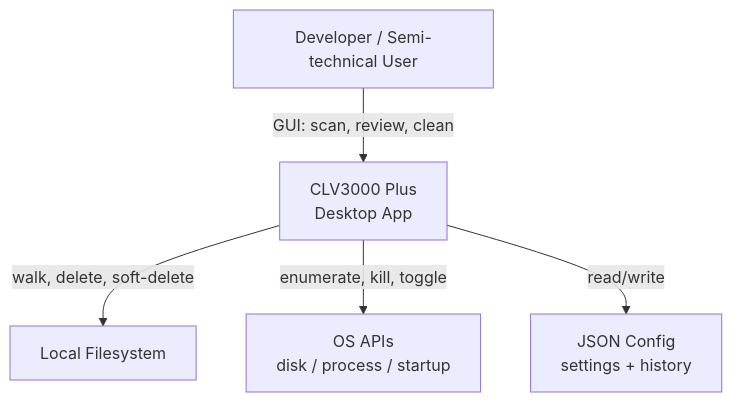
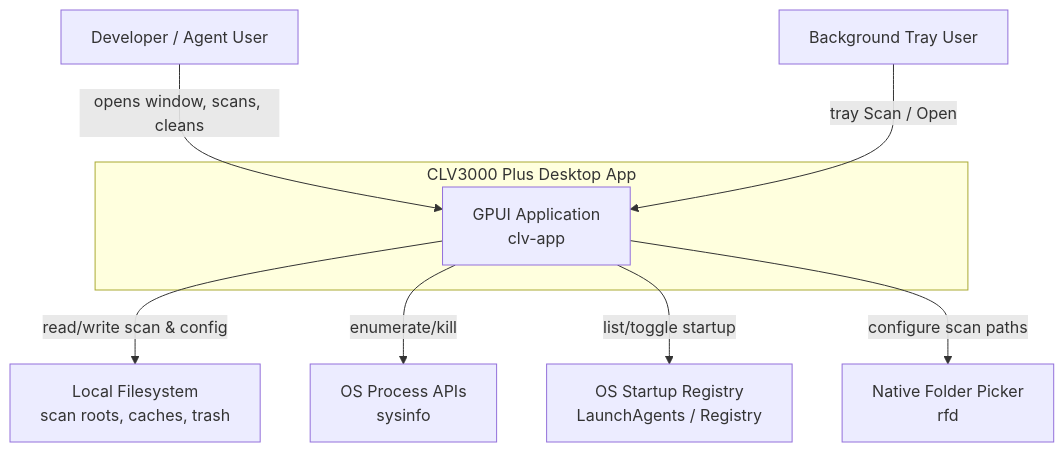
Before and after one commit to sopaco/CLV3000-Plus: the diagram in .terrain/human/1.Overview.md, drawn with Mermaid. The commit also changed other lines of this file and 55 other files, not shown here.

````diff
--- a/.terrain/human/1.Overview.md
+++ b/.terrain/human/1.Overview.md
@@ -21,13 +23,21 @@
 ```mermaid
 graph TB
-    User["Developer / Semi-technical User"]
-    CLV["CLV3000 Plus<br/>Desktop App"]
-    FS["Local Filesystem"]
-    OS["OS APIs<br/>disk / process / startup"]
-    Config["JSON Config<br/>settings + history"]
+    User["Developer / Agent User"]
+    TrayUser["Background Tray User"]
 
-    User -->|"GUI: scan, review, clean"| CLV
-    CLV -->|"walk, delete, soft-delete"| FS
-    CLV -->|"enumerate, kill, toggle"| OS
-    CLV -->|"read/write"| Config
+    subgraph CLV3000["CLV3000 Plus Desktop App"]
+        App["GPUI Application<br/>clv-app"]
+    end
+
+    FS["Local Filesystem<br/>scan roots, caches, trash"]
+    OSProc["OS Process APIs<br/>sysinfo"]
+    OSStartup["OS Startup Registry<br/>LaunchAgents / Registry"]
+    FolderPicker["Native Folder Picker<br/>rfd"]
+
+    User -->|"opens window, scans, cleans"| App
+    TrayUser -->|"tray Scan / Open"| App
+    App -->|"read/write scan & config"| FS
+    App -->|"enumerate/kill"| OSProc
+    App -->|"list/toggle startup"| OSStartup
+    App -->|"configure scan paths"| FolderPicker
 ```
````
